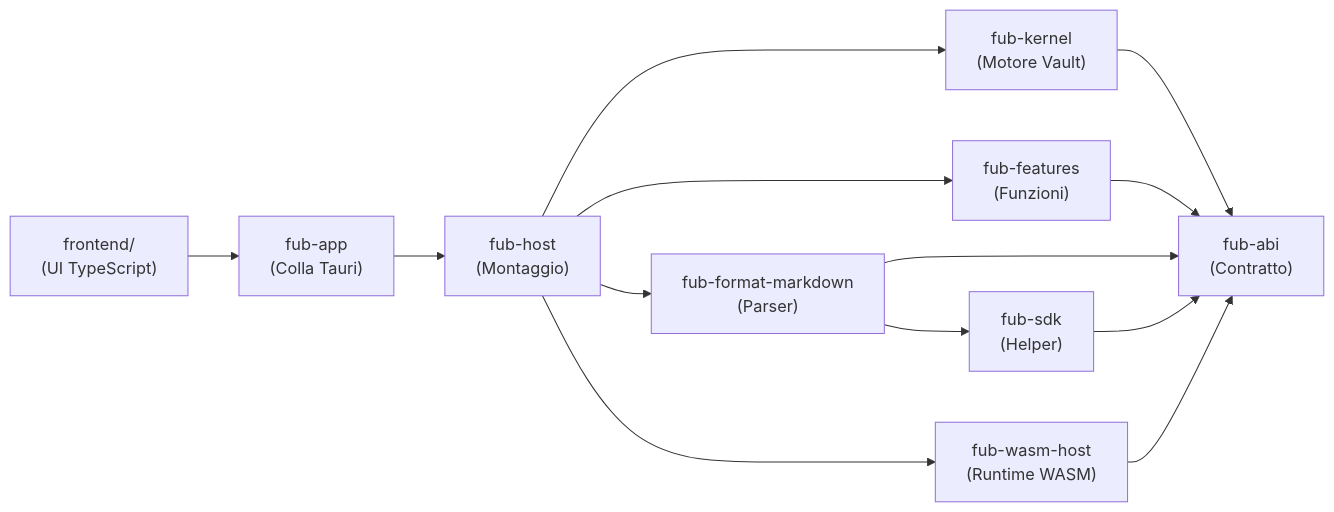
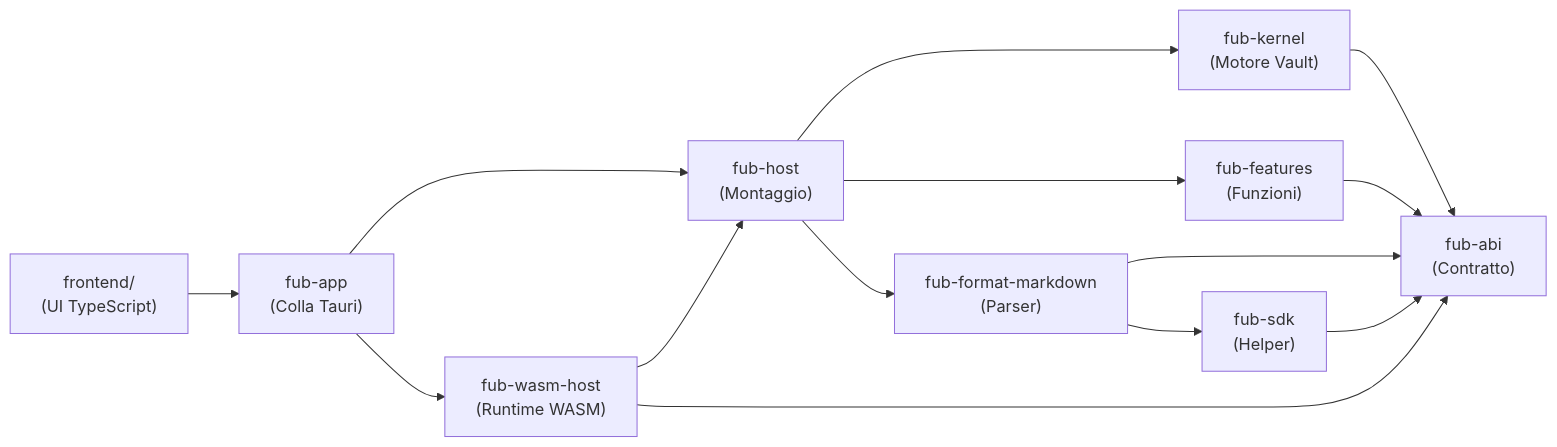
The diagram in docs/02-componenti/01-panoramica.md (Fubeo/Fub), drawn with Mermaid before and after one commit. The commit also changed other lines of this file and 37 other files, not shown here.

````diff
--- a/docs/02-componenti/01-panoramica.md
+++ b/docs/02-componenti/01-panoramica.md
@@ -7,15 +7,16 @@
 ```mermaid
 flowchart LR
     A["frontend/<br>(UI TypeScript)"] --> B["fub-app<br>(Colla Tauri)"]
     B --> C["fub-host<br>(Montaggio)"]
+    B --> G["fub-wasm-host<br>(Runtime WASM)"]
+    G --> C
     C --> D["fub-kernel<br>(Motore Vault)"]
     C --> E["fub-features<br>(Funzioni)"]
     C --> F["fub-format-markdown<br>(Parser)"]
-    C --> G["fub-wasm-host<br>(Runtime WASM)"]
     D --> H["fub-abi<br>(Contratto)"]
     E --> H
     F --> H
     G --> H
     F --> I["fub-sdk<br>(Helper)"]
     I --> H
 ```
````
